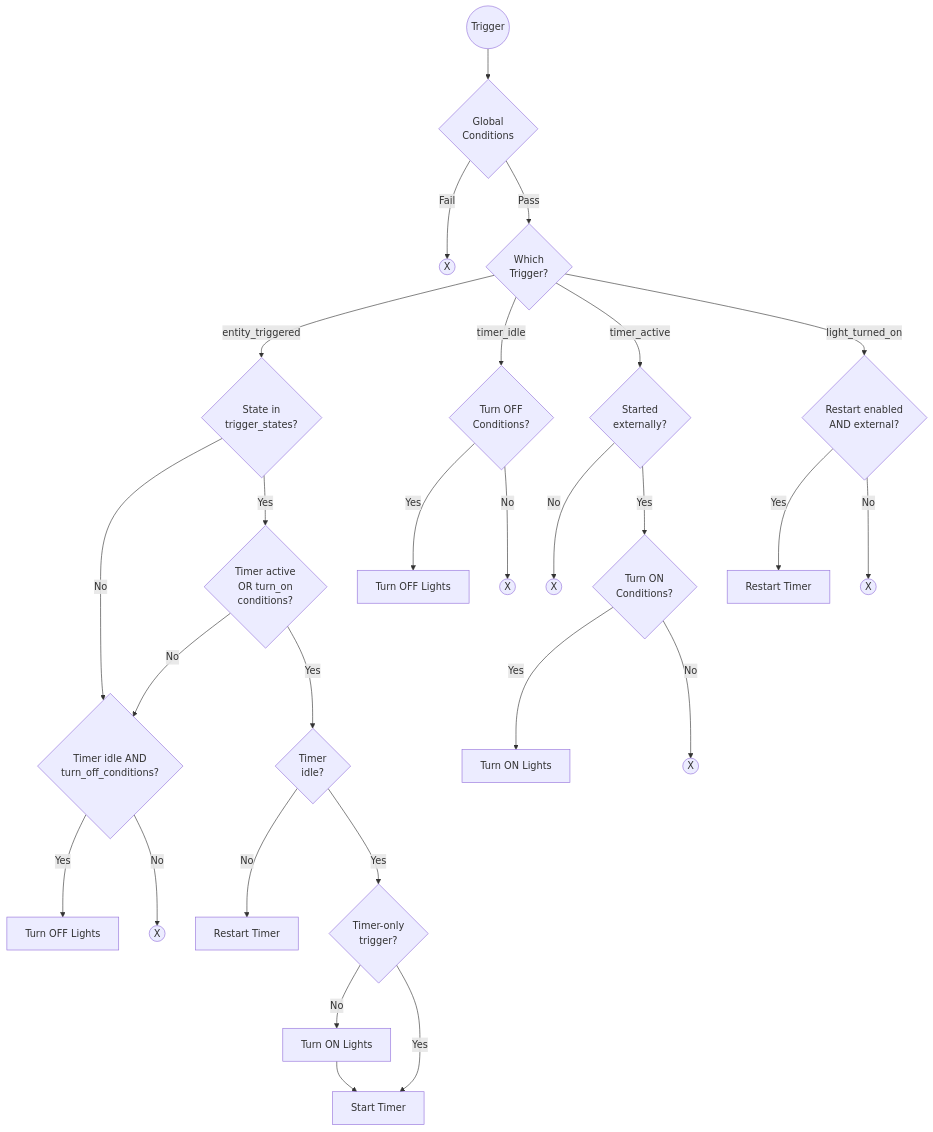
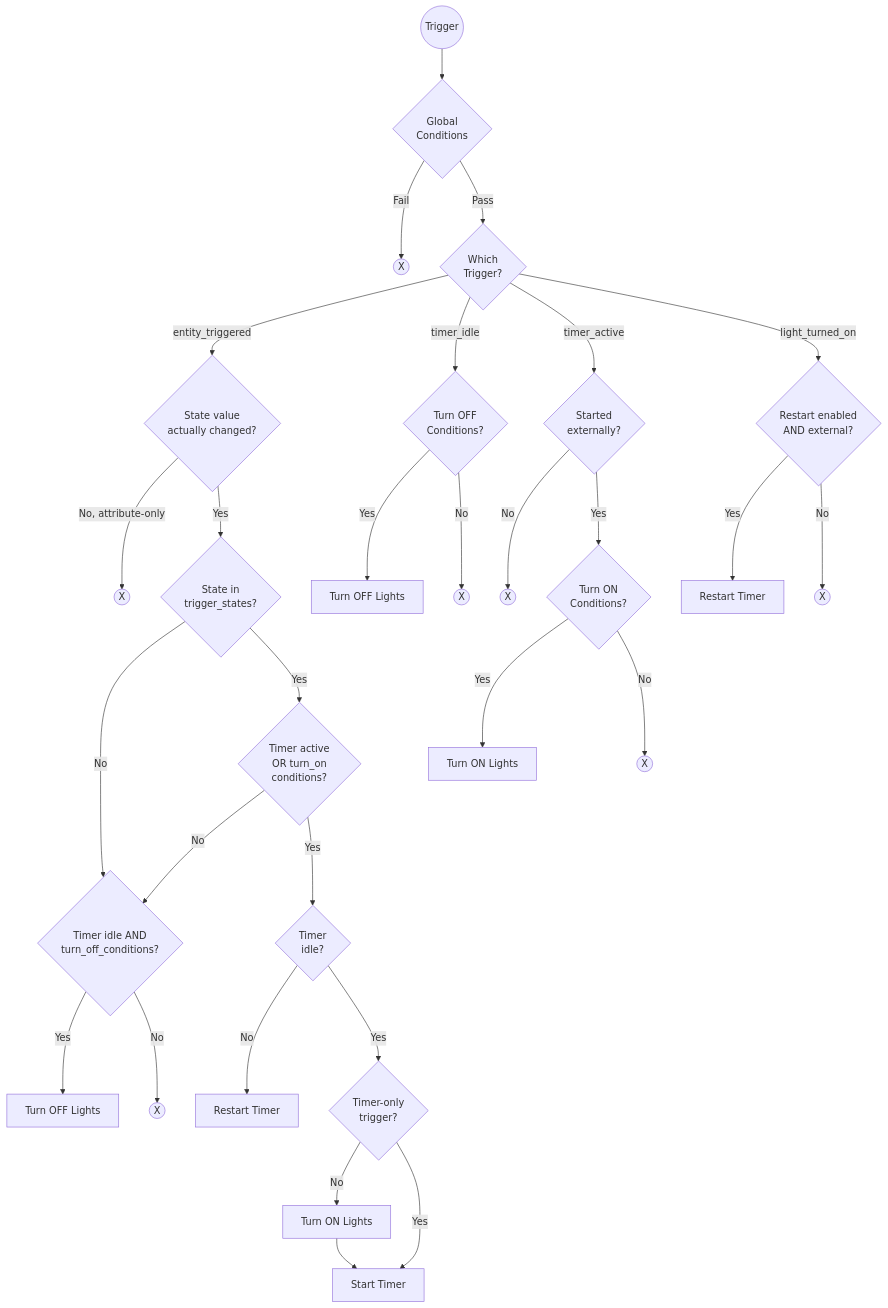
The diagram in README.md (dimatx/home-assistant), drawn with Mermaid before and after one commit. The commit also changed other lines of this file and 1 other file, not shown here.

First line of the commit message:
Reduce race window for turn-off and filter attribute-only trigger noise

````diff
--- a/README.md
+++ b/README.md
@@ -90,37 +90,39 @@
 ```mermaid
 flowchart TD
     START(("Trigger")) --> GC{"Global<br/>Conditions"}
     GC -->|Fail| STOP(("X"))
     GC -->|Pass| WHICH{"Which<br/>Trigger?"}
 
     %% entity_triggered path
-    WHICH -->|entity_triggered| STATE{"State in<br/>trigger_states?"}
+    WHICH -->|entity_triggered| CHANGED{"State value<br/>actually changed?"}
+    CHANGED -->|No, attribute-only| STOP7(("X"))
+    CHANGED -->|Yes| STATE{"State in<br/>trigger_states?"}
     STATE -->|No| B4_CHECK
     STATE -->|Yes| ACTIVE{"Timer active<br/>OR turn_on<br/>conditions?"}
     ACTIVE -->|No| B4_CHECK{"Timer idle AND<br/>turn_off_conditions?"}
     ACTIVE -->|Yes| IDLE{"Timer<br/>idle?"}
     IDLE -->|No| TIMER["Restart Timer"]
     IDLE -->|Yes| TIMERONLY{"Timer-only<br/>trigger?"}
     TIMERONLY -->|No| LIGHTON["Turn ON Lights"] --> TIMER2["Start Timer"]
     TIMERONLY -->|Yes| TIMER2
     
     B4_CHECK -->|Yes| LIGHTOFF2["Turn OFF Lights"]
     B4_CHECK -->|No| STOP2(("X"))
 
     %% timer_idle path
     WHICH -->|timer_idle| OFFCHECK{"Turn OFF<br/>Conditions?"}
     OFFCHECK -->|Yes| LIGHTOFF["Turn OFF Lights"]
     OFFCHECK -->|No| STOP3(("X"))
 
     %% timer_active path - external only
     WHICH -->|timer_active| EXT_CHECK{"Started<br/>externally?"}
     EXT_CHECK -->|No| STOP6(("X"))
     EXT_CHECK -->|Yes| ONCHECK{"Turn ON<br/>Conditions?"}
     ONCHECK -->|Yes| LIGHTON2["Turn ON Lights"]
     ONCHECK -->|No| STOP4(("X"))
 
     %% light_turned_on path
     WHICH -->|light_turned_on| RESTART_CHECK{"Restart enabled<br/>AND external?"}
     RESTART_CHECK -->|Yes| RESTART["Restart Timer"]
     RESTART_CHECK -->|No| STOP5(("X"))
 ```
````
